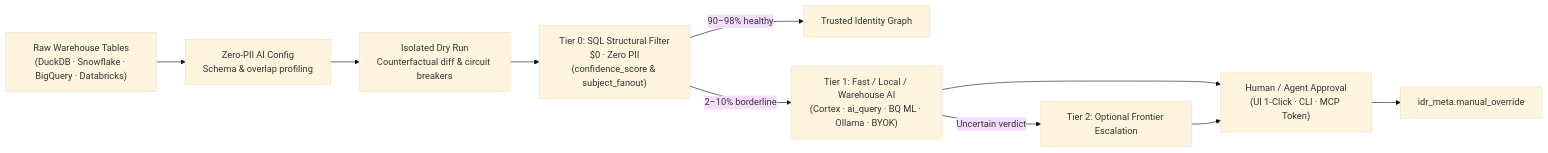
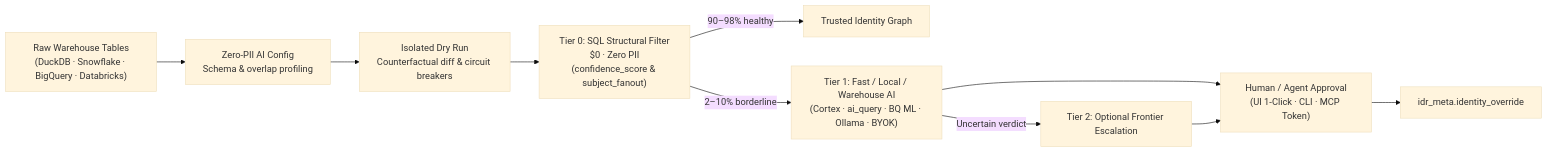
The second of 2 diagrams in Readme.md (anilkulkarni87/sql-identity-oss), drawn with Mermaid (base theme) before and after one commit. The commit also changed 80 other files, not shown here.

````diff
--- a/Readme.md
+++ b/Readme.md
@@ -87,12 +87,12 @@
 ```mermaid
 flowchart LR
     T["Raw Warehouse Tables<br/>(DuckDB · Snowflake · BigQuery · Databricks)"] --> CFG["Zero-PII AI Config<br/>Schema & overlap profiling"]
     CFG --> DR["Isolated Dry Run<br/>Counterfactual diff & circuit breakers"]
     DR --> T0["Tier 0: SQL Structural Filter<br/>$0 · Zero PII<br/>(confidence_score & subject_fanout)"]
     T0 -->|"90–98% healthy"| OK["Trusted Identity Graph"]
     T0 -->|"2–10% borderline"| T1["Tier 1: Fast / Local / Warehouse AI<br/>(Cortex · ai_query · BQ ML · Ollama · BYOK)"]
     T1 -->|"Uncertain verdict"| T2["Tier 2: Optional Frontier Escalation"]
     T1 --> H["Human / Agent Approval<br/>(UI 1-Click · CLI · MCP Token)"]
     T2 --> H
-    H --> OVR["idr_meta.manual_override"]
+    H --> OVR["idr_meta.identity_override"]
 ```
````
